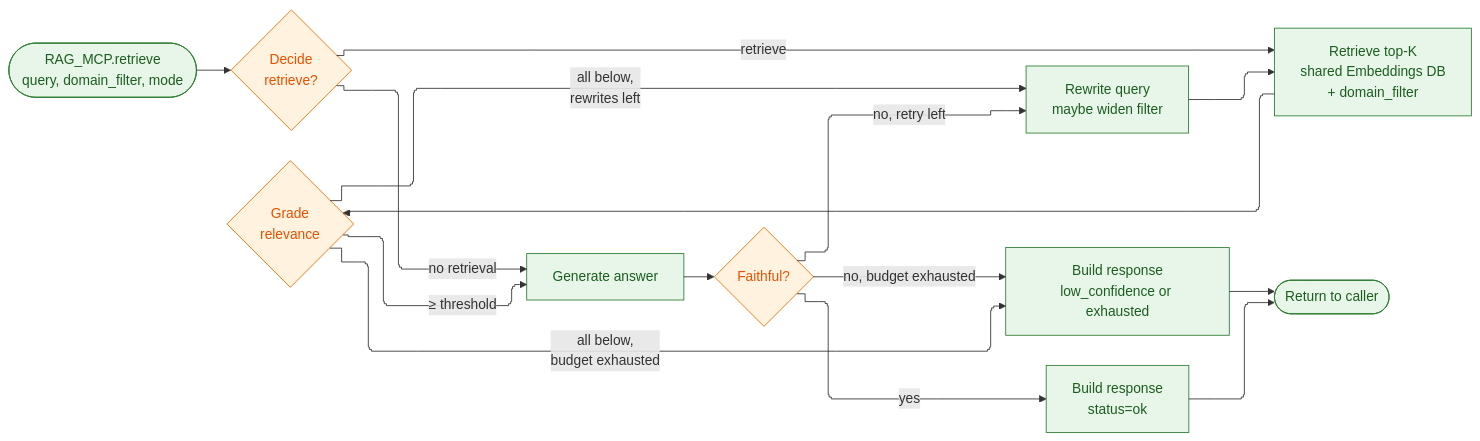
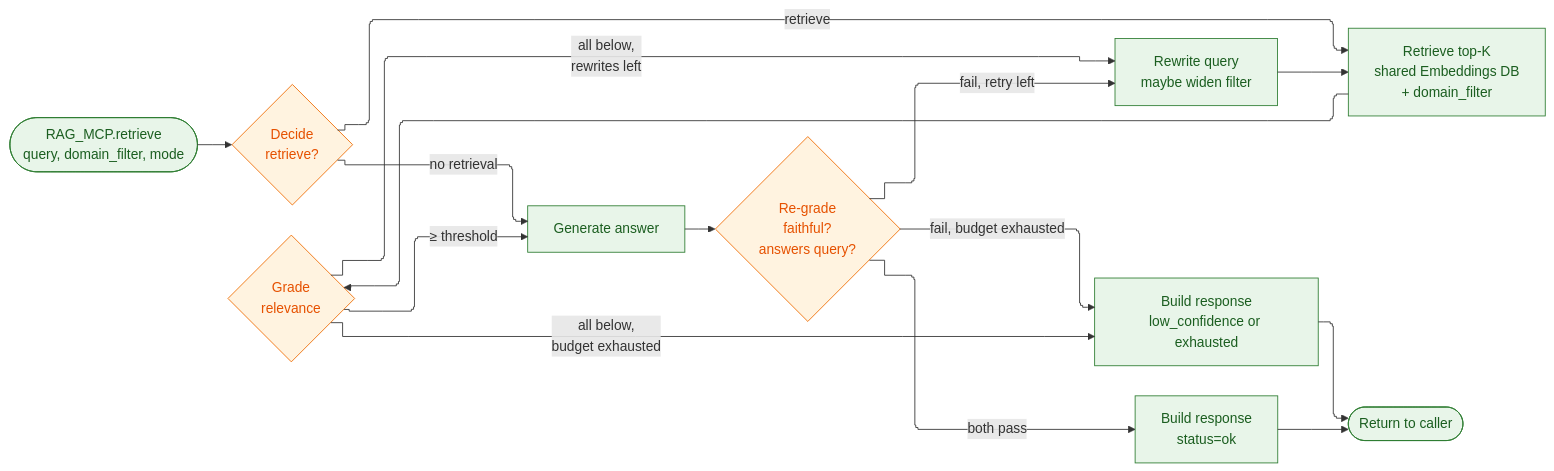
Before and after one commit to kikecorona/agentic-ai-capstone-project: the first of 4 diagrams in PROJECT_LOW_LEVEL_DESIGN.md, drawn with Mermaid. The commit also changed other lines of this file and 6535 other files, not shown here.

````diff
--- a/PROJECT_LOW_LEVEL_DESIGN.md
+++ b/PROJECT_LOW_LEVEL_DESIGN.md
@@ -139,22 +147,22 @@
 ```mermaid
 %%{init: {'flowchart': {'defaultRenderer': 'elk', 'curve': 'step'}}}%%
 flowchart LR
     Q([RAG_MCP.retrieve<br/>query, domain_filter, mode]) --> D{Decide<br/>retrieve?}
     D -->|no retrieval| Gen[Generate answer]
     D -->|retrieve| R[Retrieve top-K<br/>shared Embeddings DB<br/>+ domain_filter]
     R --> G{Grade<br/>relevance}
     G -->|≥ threshold| Gen
     G -->|all below,<br/>rewrites left| RW[Rewrite query<br/>maybe widen filter]
     G -->|all below,<br/>budget exhausted| FB[Build response<br/>low_confidence or exhausted]
     RW --> R
-    Gen --> CF{Faithful?}
-    CF -->|yes| OK[Build response<br/>status=ok]
-    CF -->|no, retry left| RW
-    CF -->|no, budget exhausted| FB
+    Gen --> CF{Re-grade<br/>faithful?<br/>answers query?}
+    CF -->|both pass| OK[Build response<br/>status=ok]
+    CF -->|fail, retry left| RW
+    CF -->|fail, budget exhausted| FB
     OK --> Out([Return to caller])
     FB --> Out
     classDef node fill: #E8F5E9, stroke: #2E7D32, color: #1B5E20
     classDef decision fill: #FFF3E0, stroke: #EF6C00, color: #E65100
 class R,RW,Gen,OK,FB node
 class D,G,CF decision
 ```
````
